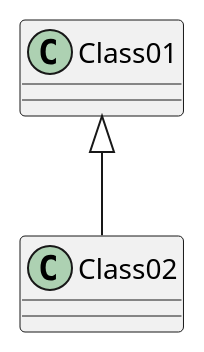
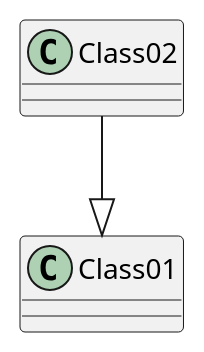
One commit to lordasgart/lordasgart.github.io changed the third of 4 diagrams in assoziation-und-aggregation.md. Above: the diagram before and after it, drawn with PlantUML.

````diff
--- a/assoziation-und-aggregation.md
+++ b/assoziation-und-aggregation.md
@@ -29,5 +29,5 @@
 ```plantuml
 @startuml
-Class01 <|-- Class02
+Class02 --|> Class01
 @enduml
 ```
````
